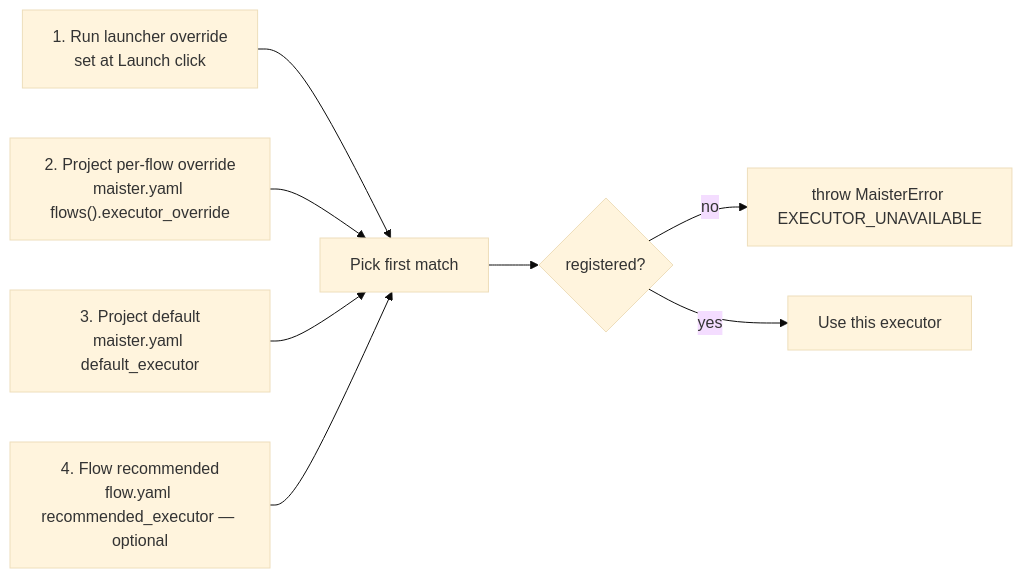
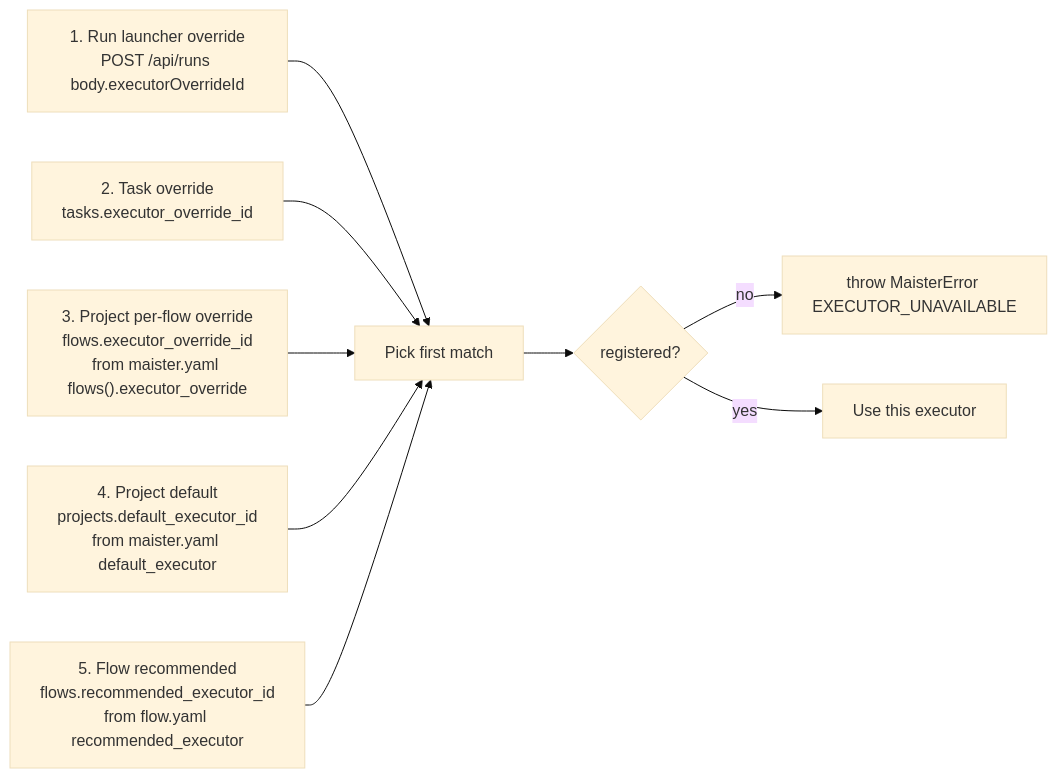
One commit to maister-dev/maister changed the fourth of 5 diagrams in docs/system-analytics/executors.md. Above: the diagram before and after it, drawn with Mermaid (base theme). The commit also changed other lines of this file and 5 other files, not shown here.

````diff
--- a/docs/system-analytics/executors.md
+++ b/docs/system-analytics/executors.md
@@ -66,10 +138,11 @@
 ```mermaid
 flowchart LR
-    L1["1. Run launcher override<br/>set at Launch click"] --> Resolve
-    L2["2. Project per-flow override<br/>maister.yaml flows().executor_override"] --> Resolve
-    L3["3. Project default<br/>maister.yaml default_executor"] --> Resolve
-    L4["4. Flow recommended<br/>flow.yaml recommended_executor — optional"] --> Resolve
+    L1["1. Run launcher override<br/>POST /api/runs body.executorOverrideId"] --> Resolve
+    L2["2. Task override<br/>tasks.executor_override_id"] --> Resolve
+    L3["3. Project per-flow override<br/>flows.executor_override_id<br/>from maister.yaml flows().executor_override"] --> Resolve
+    L4["4. Project default<br/>projects.default_executor_id<br/>from maister.yaml default_executor"] --> Resolve
+    L5["5. Flow recommended<br/>flows.recommended_executor_id<br/>from flow.yaml recommended_executor"] --> Resolve
     Resolve["Pick first match"] --> Check{registered?}
     Check -- no --> Err["throw MaisterError EXECUTOR_UNAVAILABLE"]
     Check -- yes --> OK["Use this executor"]
 ```
````
